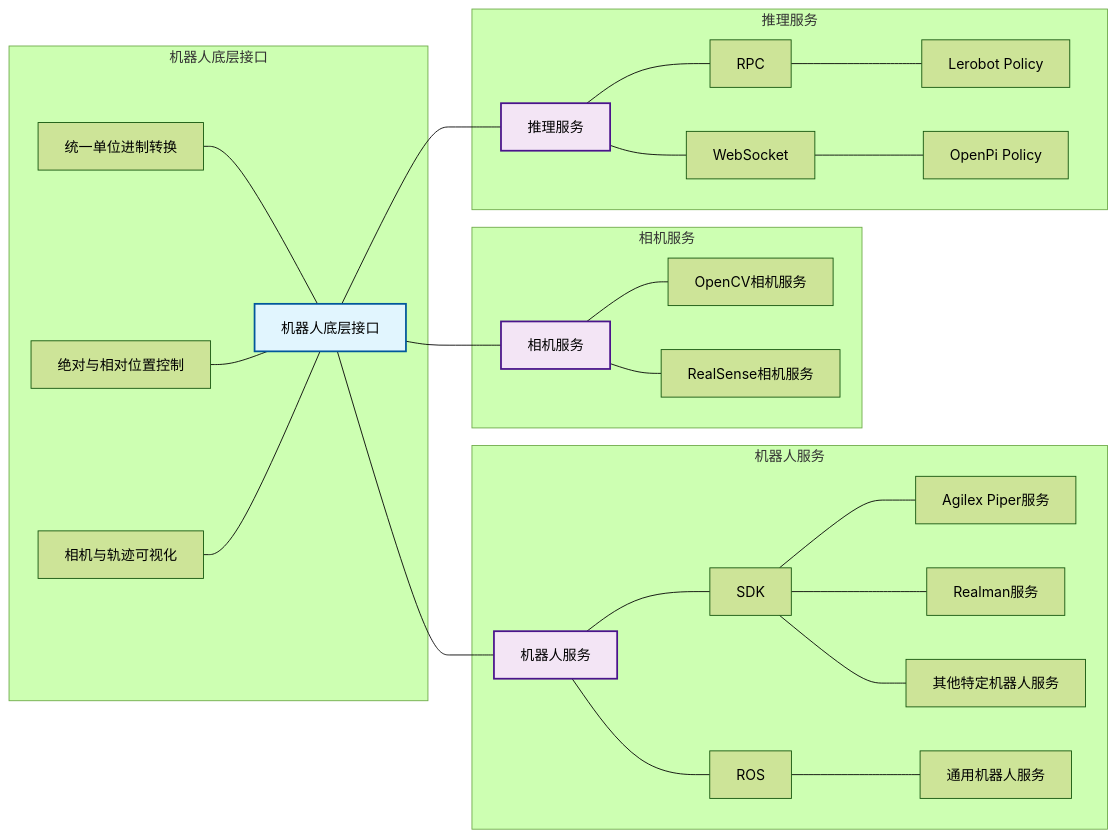
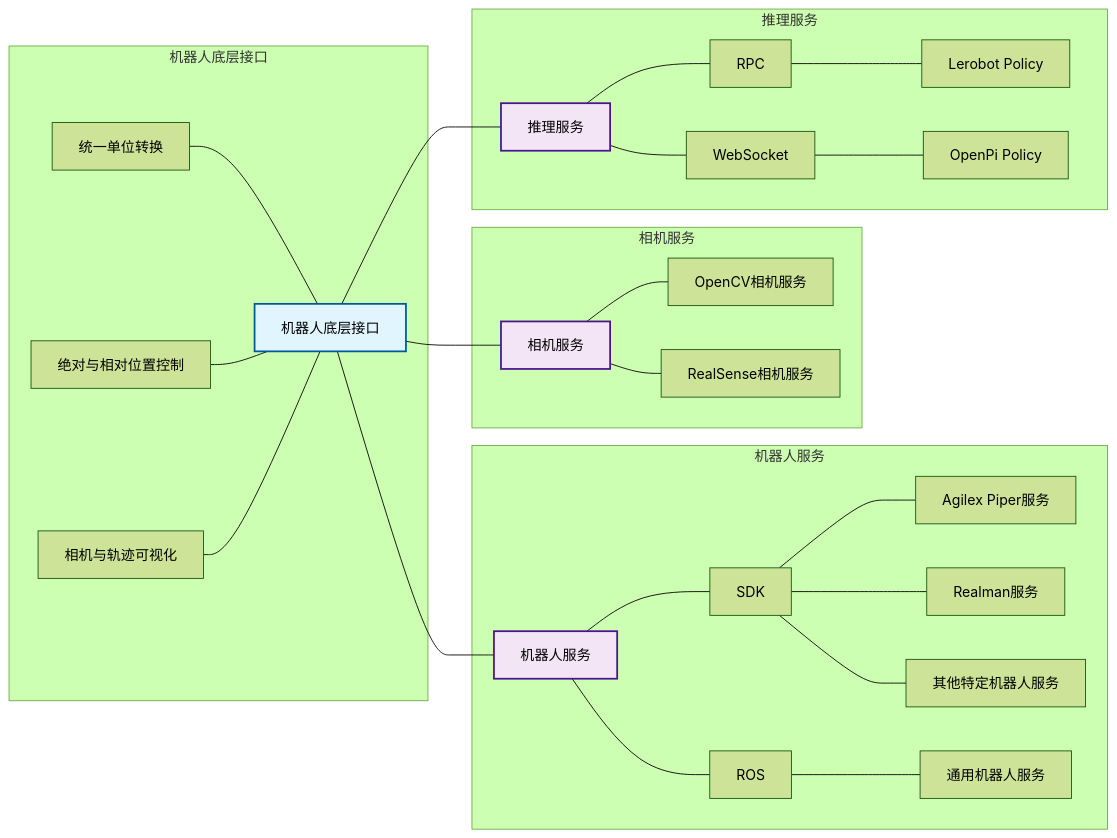
One commit to FlagOpen/RoboCOIN changed the first of 3 diagrams in README_zh-CN.md. Above: the diagram before and after it, drawn with Mermaid (forest theme). The commit also changed other lines of this file and 1 other file, not shown here.

````diff
--- a/README_zh-CN.md
+++ b/README_zh-CN.md
@@ -13,70 +13,70 @@
 ```mermaid
 graph LR
     subgraph 机器人底层接口
-    A1[统一单位进制转换]
+    A1[统一单位转换]
     A2[绝对与相对位置控制]
     A3[相机与轨迹可视化]
     A[机器人底层接口]
     end
     
     %% 机器人服务层
     subgraph 机器人服务
     C[机器人服务]
     C1[SDK]
     C2[ROS]
     C11[Agilex Piper服务]
     C12[Realman服务]
     C13[其他特定机器人服务]
     C21[通用机器人服务]
     end
     
     %% 相机服务层
     subgraph 相机服务
     D[相机服务]
     D1[OpenCV相机服务]
     D2[RealSense相机服务]
     end
     
     %% 推理服务层
     subgraph 推理服务
     E[推理服务]
     E1[RPC]
     E11[Lerobot Policy]
     E2[WebSocket]
     E21[OpenPi Policy]
     end
     
     %% 连接关系
 
     A1 --- A
     A2 --- A
     A3 --- A
 
     C --- C1
     C --- C2
     C1 --- C11
     C1 --- C12
     C1 --- C13
     C2 --- C21
     
     D --- D1
     D --- D2
 
     E --- E1
     E1 --- E11
     E --- E2
     E2 --- E21
 
     A --- C
     A --- D
     A --- E
     
     %% 样式定义
     classDef interfaceClass fill:#e1f5fe,stroke:#01579b,stroke-width:2px
     classDef serviceClass fill:#f3e5f5,stroke:#4a148c,stroke-width:2px
     classDef functionClass fill:#e8f5e8,stroke:#1b5e20,stroke-width:2px
     
     class A interfaceClass
     class B,C,D,E serviceClass
     class B1,B2,B3,B4,C31,C32 functionClass
 ```
````
